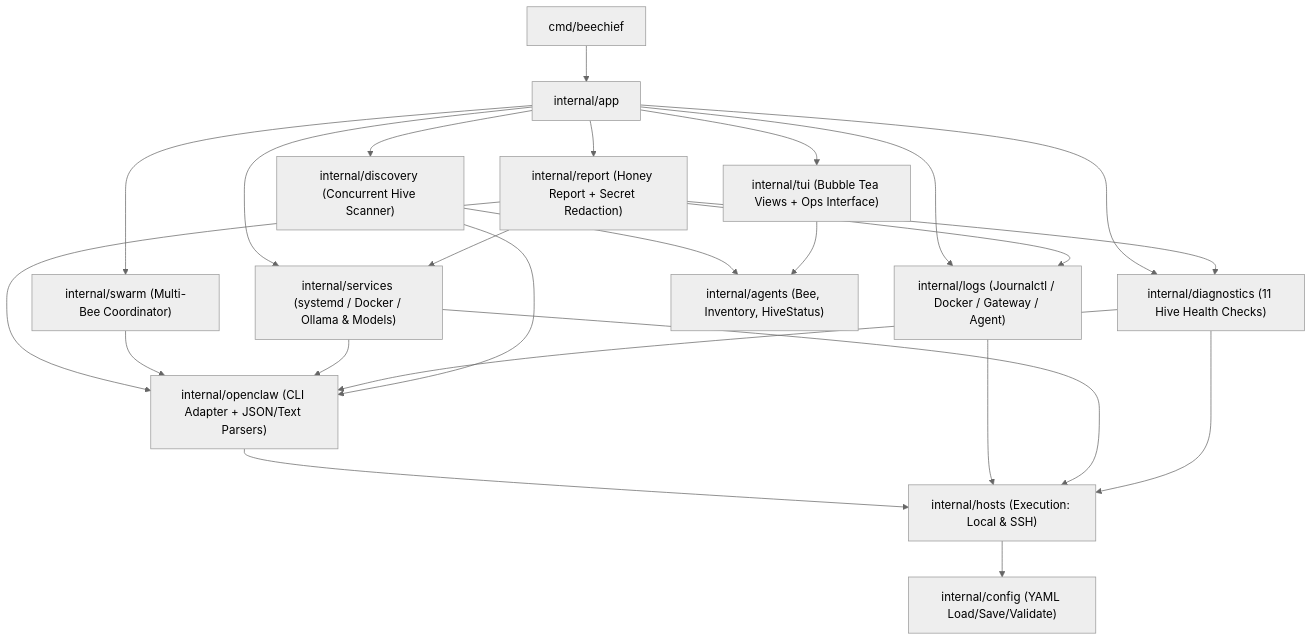
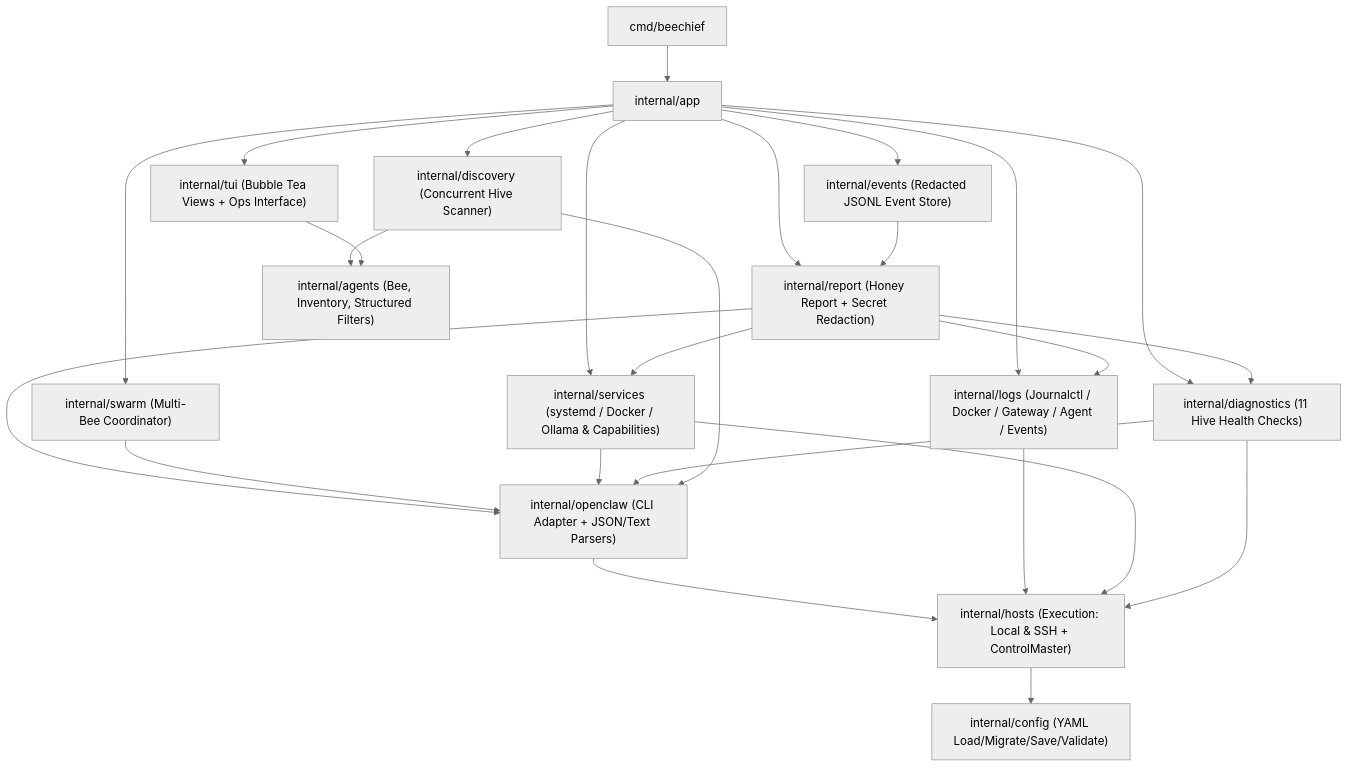
One commit to meistro57/BeeChief changed the diagram in ARCHITECTURE.md. Above: the diagram before and after it, drawn with Mermaid (neutral theme). The commit also changed other lines of this file and 32 other files, not shown here.

````diff
--- a/ARCHITECTURE.md
+++ b/ARCHITECTURE.md
@@ -25,26 +26,28 @@
 ```mermaid
 flowchart TD
     CLI["cmd/beechief"] --> APP["internal/app"]
     APP --> TUI["internal/tui (Bubble Tea Views + Ops Interface)"]
+    APP --> EVT["internal/events (Redacted JSONL Event Store)"]
     APP --> REP["internal/report (Honey Report + Secret Redaction)"]
     APP --> SWARM["internal/swarm (Multi-Bee Coordinator)"]
-    APP --> LOGS["internal/logs (Journalctl / Docker / Gateway / Agent)"]
-    APP --> SVC["internal/services (systemd / Docker / Ollama & Models)"]
+    APP --> LOGS["internal/logs (Journalctl / Docker / Gateway / Agent / Events)"]
+    APP --> SVC["internal/services (systemd / Docker / Ollama & Capabilities)"]
     APP --> DIAG["internal/diagnostics (11 Hive Health Checks)"]
     APP --> DISC["internal/discovery (Concurrent Hive Scanner)"]
+    EVT --> REP
     REP --> DIAG
     REP --> SVC
     REP --> LOGS
     REP --> OC["internal/openclaw (CLI Adapter + JSON/Text Parsers)"]
     SWARM --> OC
     SVC --> OC
     DIAG --> OC
     DISC --> OC
-    OC --> HOSTS["internal/hosts (Execution: Local & SSH)"]
+    OC --> HOSTS["internal/hosts (Execution: Local & SSH + ControlMaster)"]
     LOGS --> HOSTS
     SVC --> HOSTS
     DIAG --> HOSTS
-    HOSTS --> CFG["internal/config (YAML Load/Save/Validate)"]
-    DISC --> AGENTS["internal/agents (Bee, Inventory, HiveStatus)"]
+    HOSTS --> CFG["internal/config (YAML Load/Migrate/Save/Validate)"]
+    DISC --> AGENTS["internal/agents (Bee, Inventory, Structured Filters)"]
     TUI --> AGENTS
 ```
````
